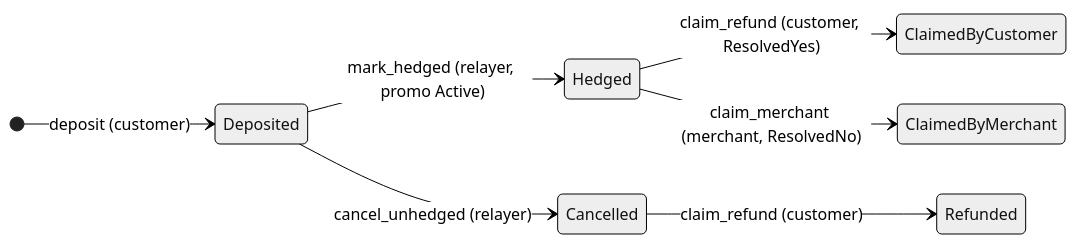
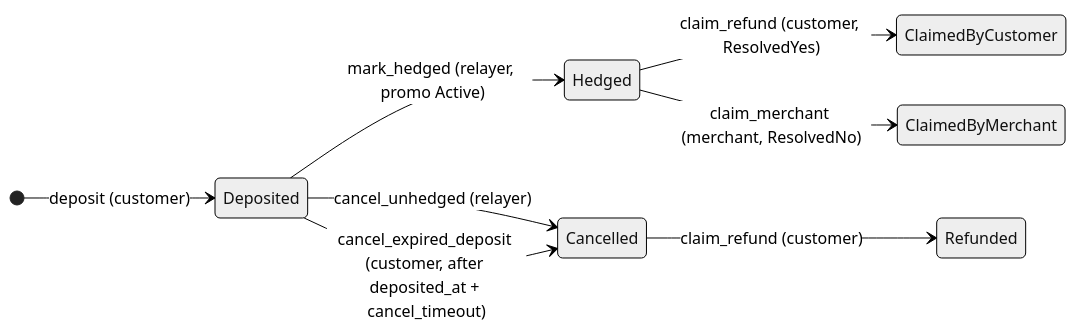
The third of 4 diagrams in docs/workflow.md (ZahinTasnin/ubc-2026), drawn with Mermaid (neutral theme) before and after one commit. The commit also changed other lines of this file and 19 other files, not shown here.

````diff
--- a/docs/workflow.md
+++ b/docs/workflow.md
@@ -58,10 +58,11 @@
 ```mermaid
 stateDiagram-v2
   direction LR
   [*] --> Deposited: deposit (customer)
   Deposited --> Hedged: mark_hedged (relayer, promo Active)
   Deposited --> Cancelled: cancel_unhedged (relayer)
+  Deposited --> Cancelled: cancel_expired_deposit (customer, after deposited_at + cancel_timeout)
   Cancelled --> Refunded: claim_refund (customer)
   Hedged --> ClaimedByCustomer: claim_refund (customer, ResolvedYes)
   Hedged --> ClaimedByMerchant: claim_merchant (merchant, ResolvedNo)
 ```
````
